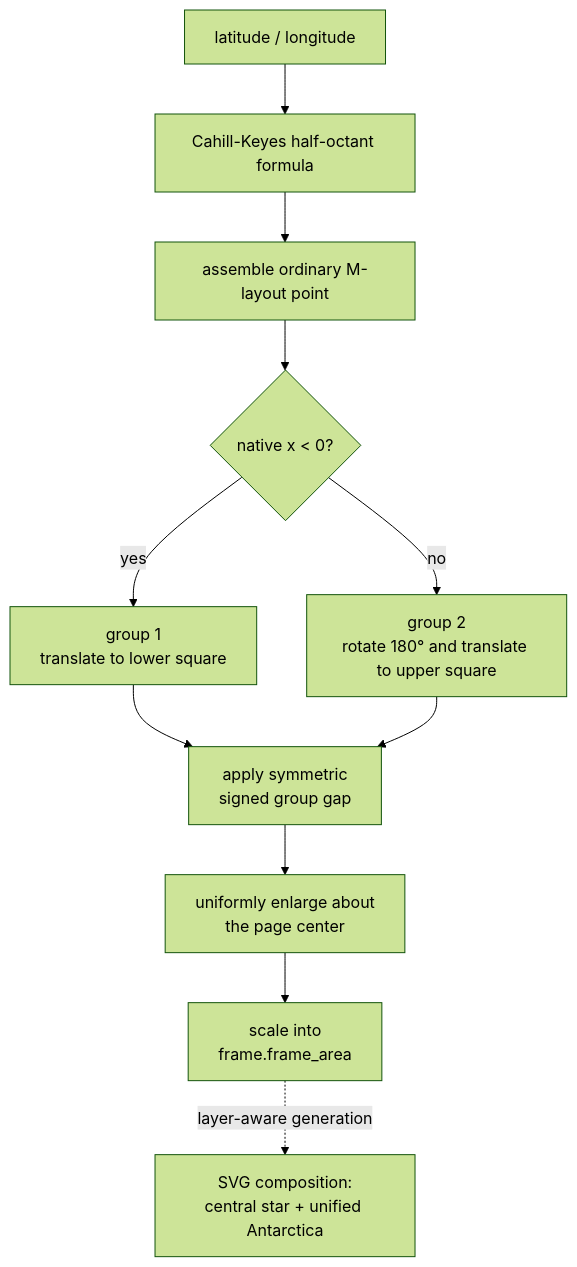
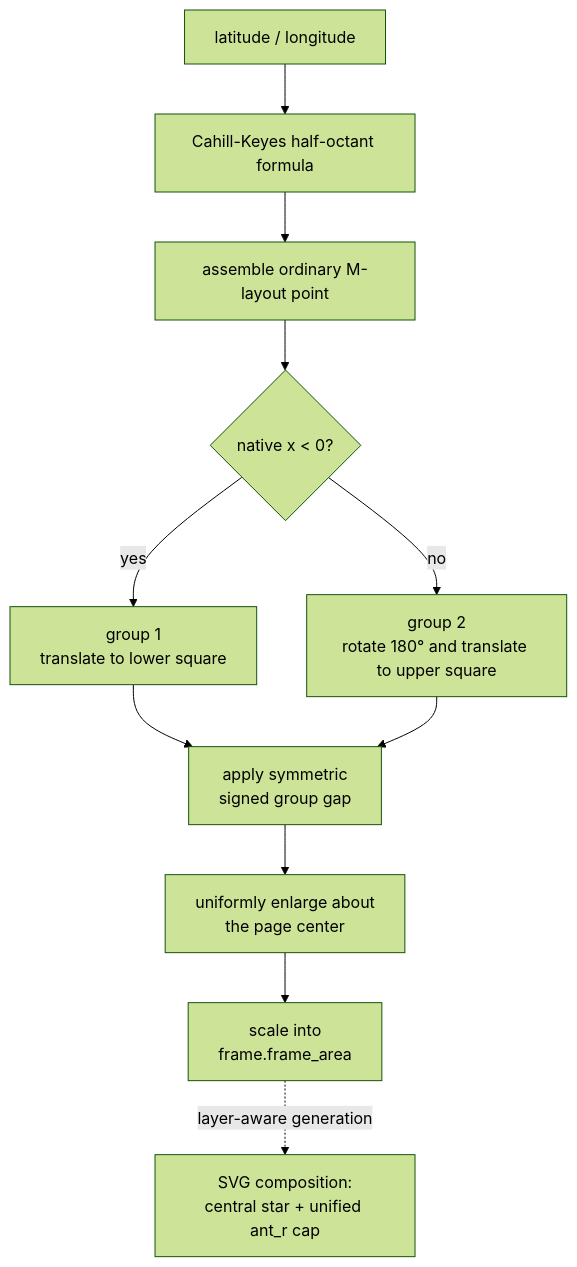
One commit to bdekoz/cartofreako changed the third of 3 diagrams in docs/star-x-context.md. Above: the diagram before and after it, drawn with Mermaid (forest theme). The commit also changed other lines of this file and 16 other files, not shown here.

````diff
--- a/docs/star-x-context.md
+++ b/docs/star-x-context.md
@@ -238,19 +240,19 @@
 ```mermaid
 flowchart TD
   LL["latitude / longitude"]
   CK["Cahill-Keyes half-octant formula"]
   M["assemble ordinary M-layout point"]
   SIDE{"native x < 0?"}
   LOWER["group 1<br/>translate to lower square"]
   UPPER["group 2<br/>rotate 180° and translate to upper square"]
   GAP["apply symmetric<br/>signed group gap"]
   ENLARGE["uniformly enlarge about<br/>the page center"]
   FRAME["scale into<br/>frame.frame_area"]
-  COMPOSE["SVG composition:<br/>central star + unified Antarctica"]
+  COMPOSE["SVG composition:<br/>central star + unified ant_r cap"]
 
   LL --> CK --> M --> SIDE
   SIDE -- yes --> LOWER --> GAP
   SIDE -- no --> UPPER --> GAP
   GAP --> ENLARGE --> FRAME
   FRAME -. layer-aware generation .-> COMPOSE
 ```
````
